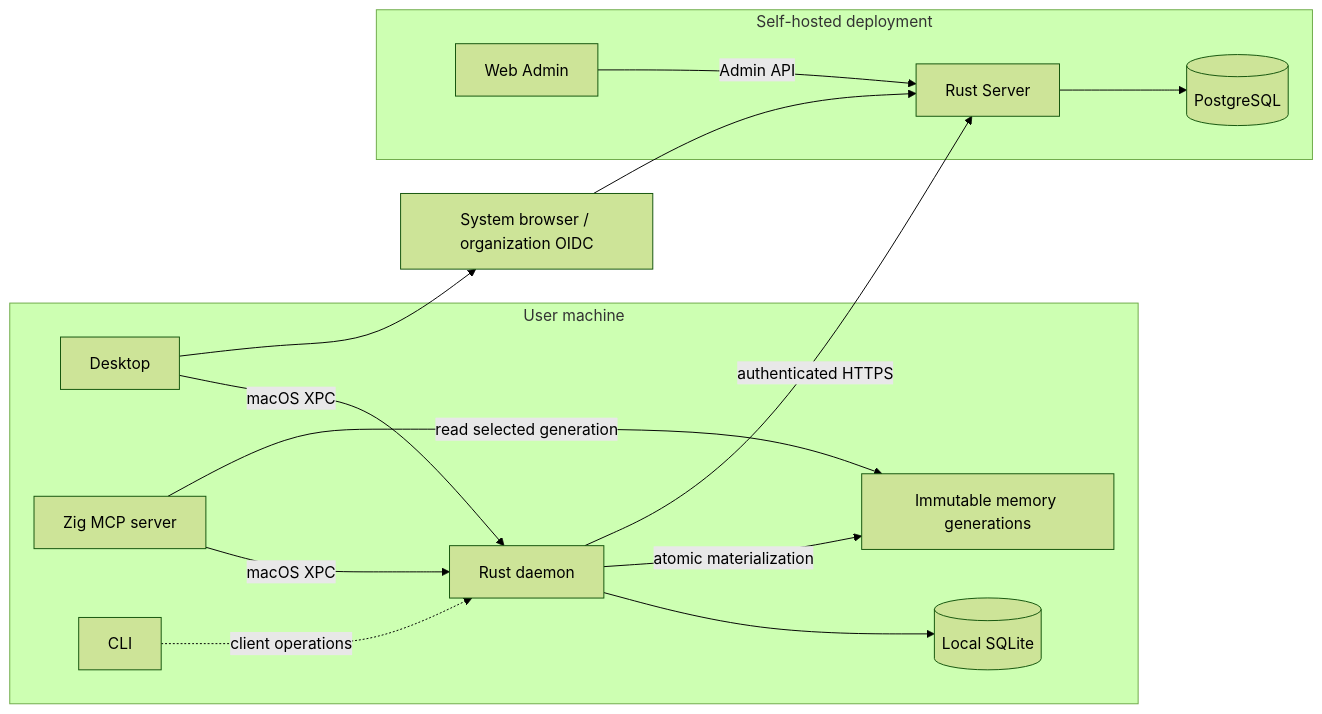
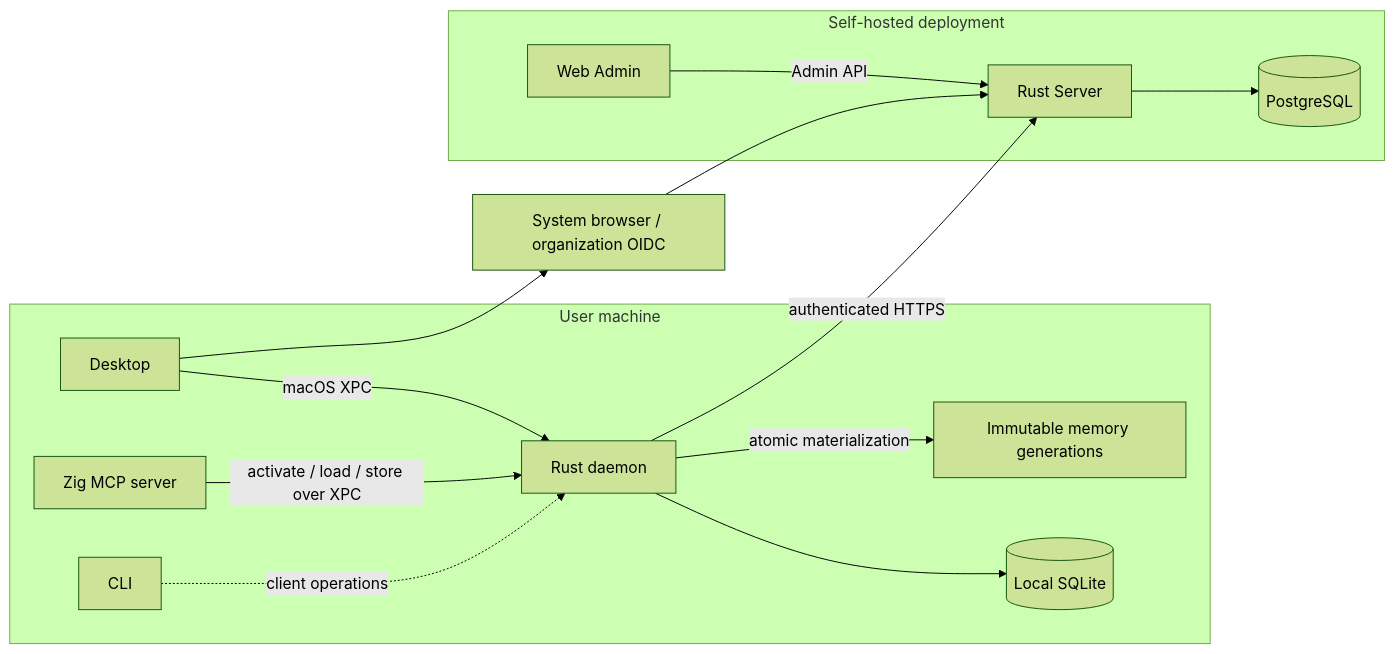
Before and after one commit to dylanwangeth/clumsies: the first of 4 diagrams in docs/architecture.md, drawn with Mermaid (forest theme). The commit also changed other lines of this file and 42 other files, not shown here.

````diff
--- a/docs/architecture.md
+++ b/docs/architecture.md
@@ -5,31 +5,30 @@
 ```mermaid
 flowchart LR
     subgraph Machine["User machine"]
         Desktop["Desktop"]
         MCP["Zig MCP server"]
         CLI["CLI"]
         Daemon["Rust daemon"]
         LocalDB[("Local SQLite")]
         Files["Immutable memory generations"]
     end
 
     subgraph Deployment["Self-hosted deployment"]
         Server["Rust Server"]
         Postgres[("PostgreSQL")]
         Admin["Web Admin"]
     end
 
     Browser["System browser / organization OIDC"]
 
     Desktop -->|"macOS XPC"| Daemon
-    MCP -->|"macOS XPC"| Daemon
+    MCP -->|"activate / load / store over XPC"| Daemon
     CLI -.->|"client operations"| Daemon
     Daemon --> LocalDB
     Daemon -->|"atomic materialization"| Files
-    MCP -->|"read selected generation"| Files
     Daemon -->|"authenticated HTTPS"| Server
     Desktop --> Browser
     Browser --> Server
     Server --> Postgres
     Admin -->|"Admin API"| Server
 ```
````
